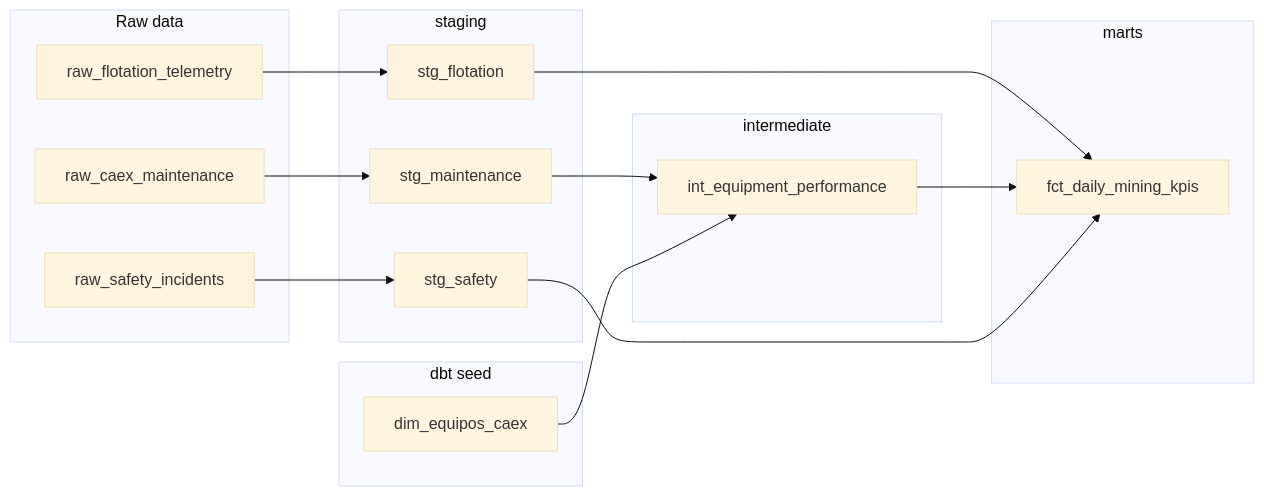
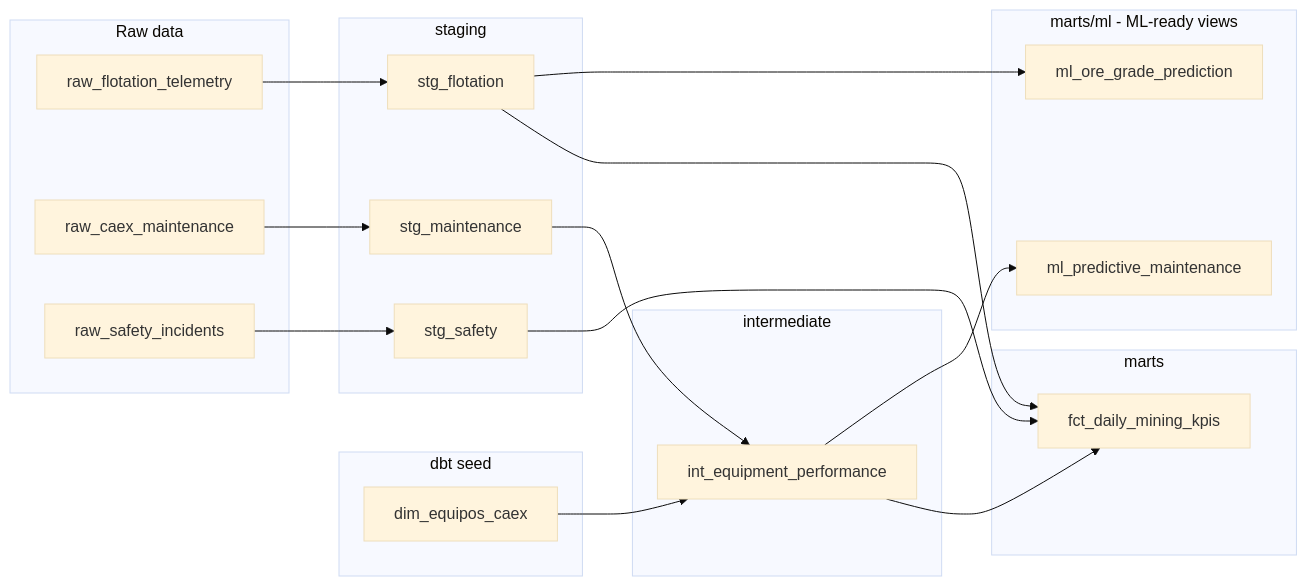
One commit to Rxyxs/data-warehouse-analitico-mineria-chile changed the first of 4 diagrams in README.md. Above: the diagram before and after it, drawn with Mermaid (base theme). The commit also changed other lines of this file and 14 other files, not shown here.

````diff
--- a/README.md
+++ b/README.md
@@ -40,31 +42,37 @@
 ```mermaid
 graph LR
     subgraph RAW[Raw data]
         R1[raw_flotation_telemetry]
         R2[raw_caex_maintenance]
         R3[raw_safety_incidents]
     end
     subgraph SEED[dbt seed]
         S0[dim_equipos_caex]
     end
     subgraph STG[staging]
         T1[stg_flotation]
         T2[stg_maintenance]
         T3[stg_safety]
     end
     subgraph INT[intermediate]
         I1[int_equipment_performance]
     end
     subgraph MART[marts]
         M1[fct_daily_mining_kpis]
     end
+    subgraph ML[marts/ml - ML-ready views]
+        ML1[ml_predictive_maintenance]
+        ML2[ml_ore_grade_prediction]
+    end
 
     R1 --> T1
     R2 --> T2
     R3 --> T3
     T2 --> I1
     S0 --> I1
     T1 --> M1
     I1 --> M1
     T3 --> M1
+    I1 --> ML1
+    T1 --> ML2
 ```
````
